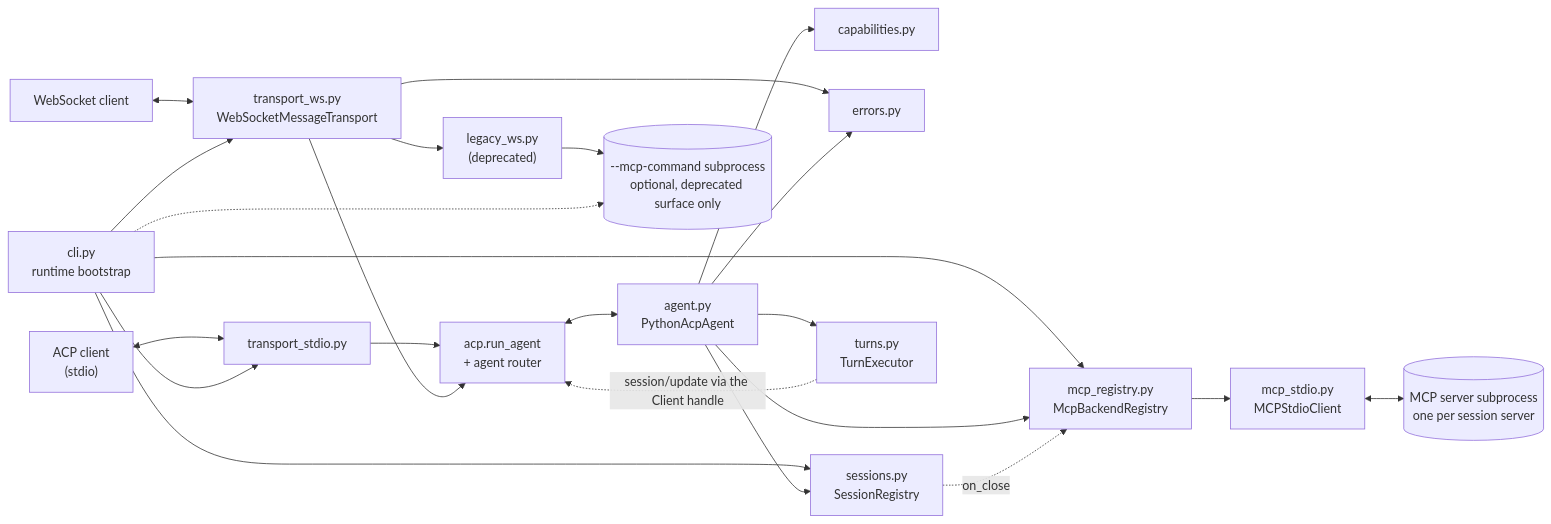
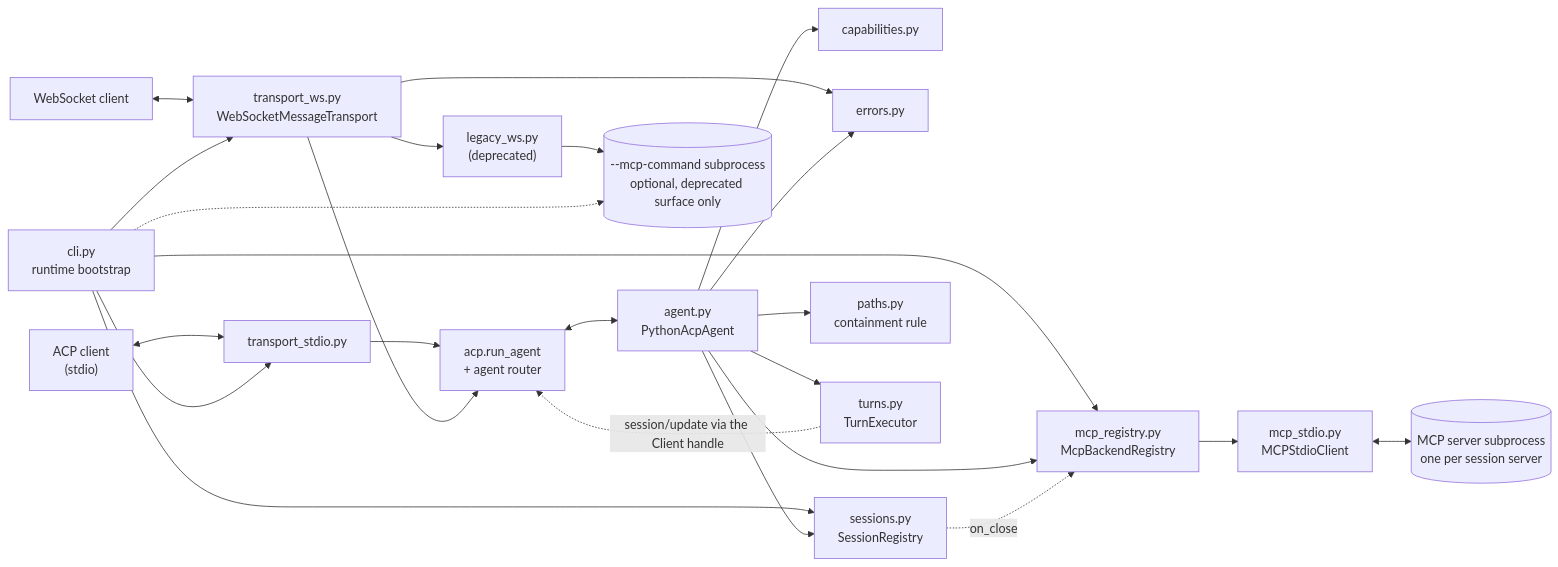
One commit to Digital-Dimentia/python-acp changed the first of 4 diagrams in ARCHITECTURE.md. Above: the diagram before and after it, drawn with Mermaid. The commit also changed other lines of this file and 14 other files, not shown here.

````diff
--- a/ARCHITECTURE.md
+++ b/ARCHITECTURE.md
@@ -22,42 +23,44 @@
 ```mermaid
 flowchart LR
     Editor["ACP client<br/>(stdio)"]
     WsClient["WebSocket client"]
     CLI["cli.py<br/>runtime bootstrap"]
     TStdio["transport_stdio.py"]
     TWs["transport_ws.py<br/>WebSocketMessageTransport"]
     Legacy["legacy_ws.py<br/>(deprecated)"]
     SDK["acp.run_agent<br/>+ agent router"]
     Agent["agent.py<br/>PythonAcpAgent"]
     Caps["capabilities.py"]
     Errors["errors.py"]
     Sessions["sessions.py<br/>SessionRegistry"]
+    Paths["paths.py<br/>containment rule"]
     Turns["turns.py<br/>TurnExecutor"]
     Backends["mcp_registry.py<br/>McpBackendRegistry"]
     MCPClient["mcp_stdio.py<br/>MCPStdioClient"]
     MCPProc[("MCP server subprocess<br/>one per session server")]
     StartupProc[("--mcp-command subprocess<br/>optional, deprecated surface only")]
 
     Editor <--> TStdio
     WsClient <--> TWs
     CLI --> TStdio
     CLI --> TWs
     CLI --> Sessions
     CLI --> Backends
     TStdio --> SDK
     TWs --> SDK
     TWs --> Legacy
     TWs --> Errors
     SDK <--> Agent
     Agent --> Caps
     Agent --> Errors
     Agent --> Sessions
+    Agent --> Paths
     Agent --> Turns
     Agent --> Backends
     Sessions -. "on_close" .-> Backends
     Turns -. "session/update via the Client handle" .-> SDK
     Backends --> MCPClient
     MCPClient <--> MCPProc
     Legacy --> StartupProc
     CLI -.-> StartupProc
 ```
````
